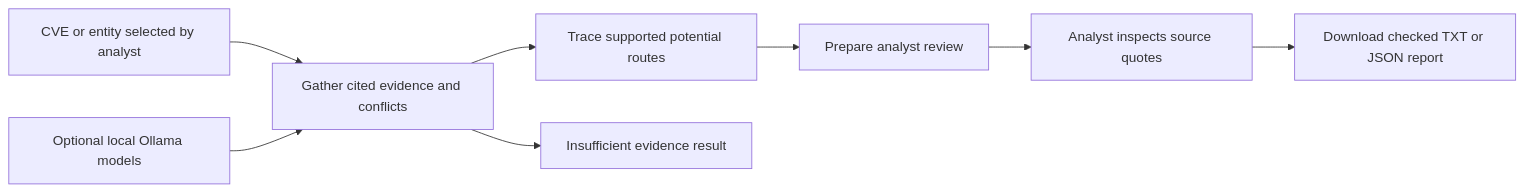
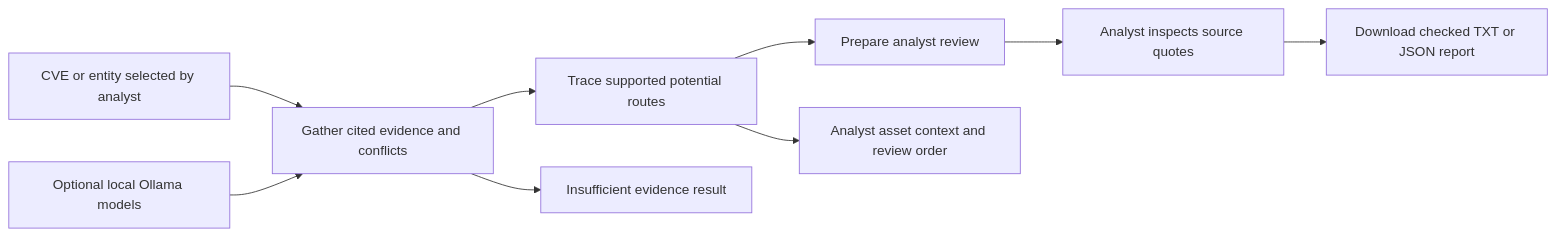
The third of 6 diagrams in interactive_knowledge_base_architecture_phase1_phase2_v2.md (SYNTHOS7/Nosleep), drawn with Mermaid before and after one commit. The commit also changed other lines of this file and 18 other files, not shown here.

````diff
--- a/interactive_knowledge_base_architecture_phase1_phase2_v2.md
+++ b/interactive_knowledge_base_architecture_phase1_phase2_v2.md
@@ -63,18 +63,20 @@
 ```mermaid
 flowchart LR
     entity["CVE or entity selected by analyst"]
     gather["Gather cited evidence and conflicts"]
     trace["Trace supported potential routes"]
     review["Prepare analyst review"]
     empty["Insufficient evidence result"]
     human["Analyst inspects source quotes"]
     model["Optional local Ollama models"]
     report["Download checked TXT or JSON report"]
+    assets["Analyst asset context and review order"]
     entity --> gather
     gather --> trace
     trace --> review
     gather --> empty
     review --> human
     model --> gather
     human --> report
+    trace --> assets
 ```
````
